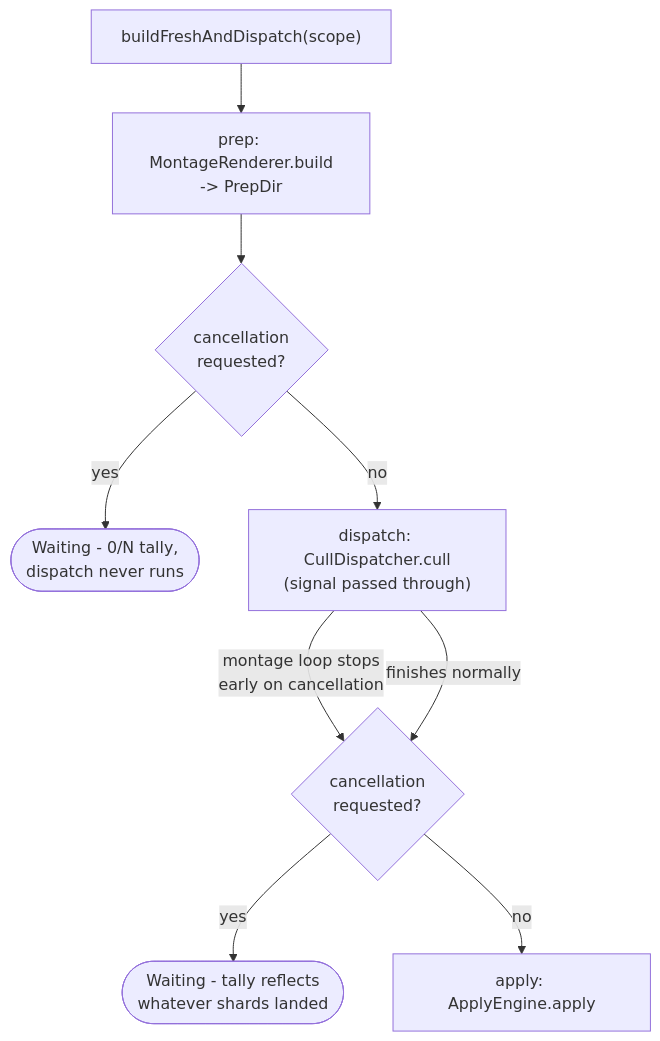
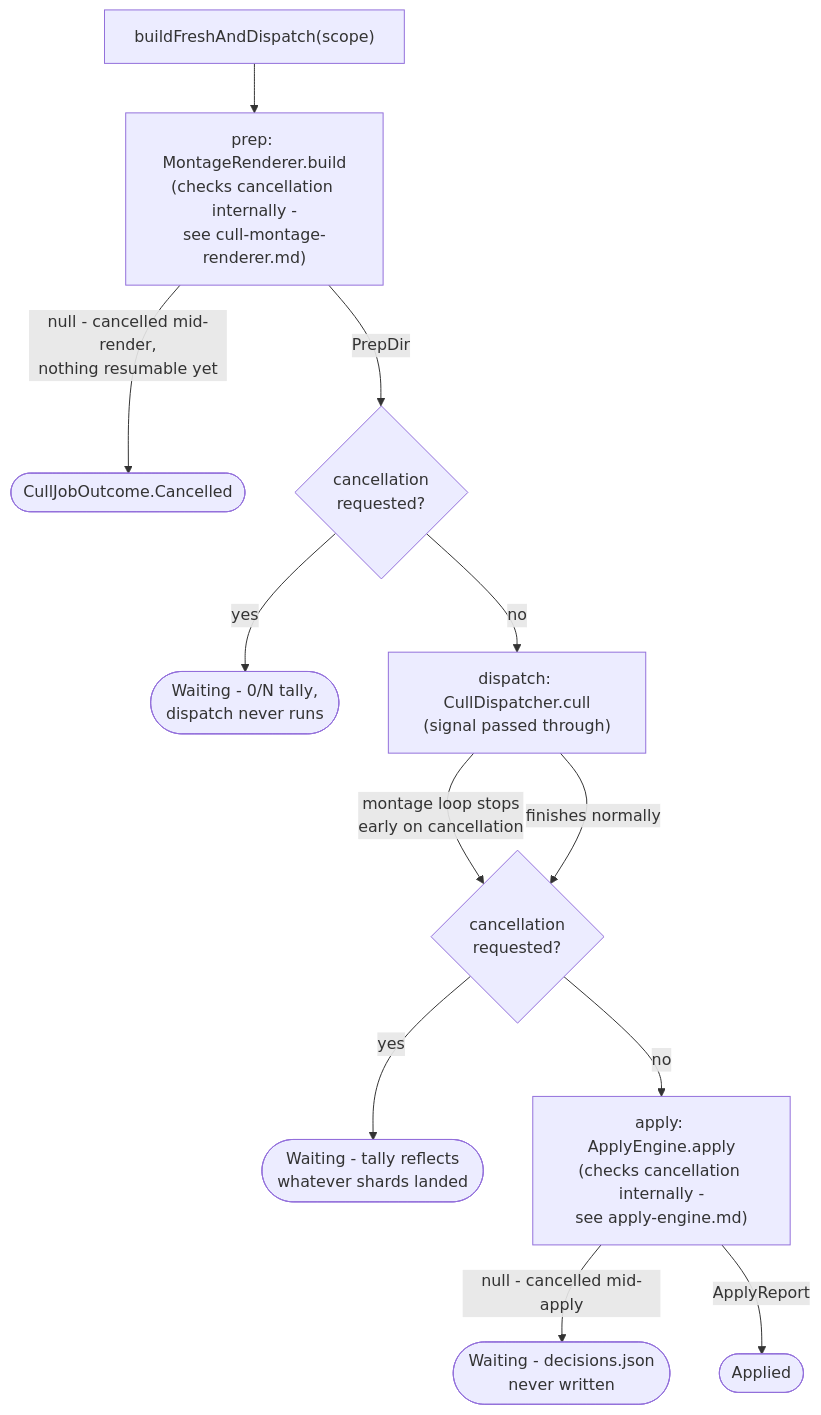
Before and after one commit to AdrianNachev91/sluice: the third of 5 diagrams in app/docs/design/application/service/pipeline.md, drawn with Mermaid. The commit also changed other lines of this file and 17 other files, not shown here.

First line of the commit message:
feat(java-port): Phase 12 - chunk 10 mid-loop cancellation for commit/rescue/montage-render/apply

````diff
--- a/app/docs/design/application/service/pipeline.md
+++ b/app/docs/design/application/service/pipeline.md
@@ -119,11 +124,14 @@
 ```mermaid
 flowchart TD
-    A["buildFreshAndDispatch(scope)"] --> P["prep: MontageRenderer.build<br/>-> PrepDir"]
-    P --> C1{"cancellation<br/>requested?"}
+    A["buildFreshAndDispatch(scope)"] --> P["prep: MontageRenderer.build<br/>(checks cancellation internally -<br/>see cull-montage-renderer.md)"]
+    P -- "null - cancelled mid-render,<br/>nothing resumable yet" --> WC(["CullJobOutcome.Cancelled"])
+    P -- "PrepDir" --> C1{"cancellation<br/>requested?"}
     C1 -- "yes" --> W1(["Waiting - 0/N tally,<br/>dispatch never runs"])
     C1 -- "no" --> D["dispatch: CullDispatcher.cull<br/>(signal passed through)"]
     D -- "montage loop stops<br/>early on cancellation" --> C2{"cancellation<br/>requested?"}
     D -- "finishes normally" --> C2
     C2 -- "yes" --> W2(["Waiting - tally reflects<br/>whatever shards landed"])
-    C2 -- "no" --> AP["apply: ApplyEngine.apply"]
+    C2 -- "no" --> AP["apply: ApplyEngine.apply<br/>(checks cancellation internally -<br/>see apply-engine.md)"]
+    AP -- "null - cancelled mid-apply" --> W3(["Waiting - decisions.json<br/>never written"])
+    AP -- "ApplyReport" --> APP(["Applied"])
 ```
````
